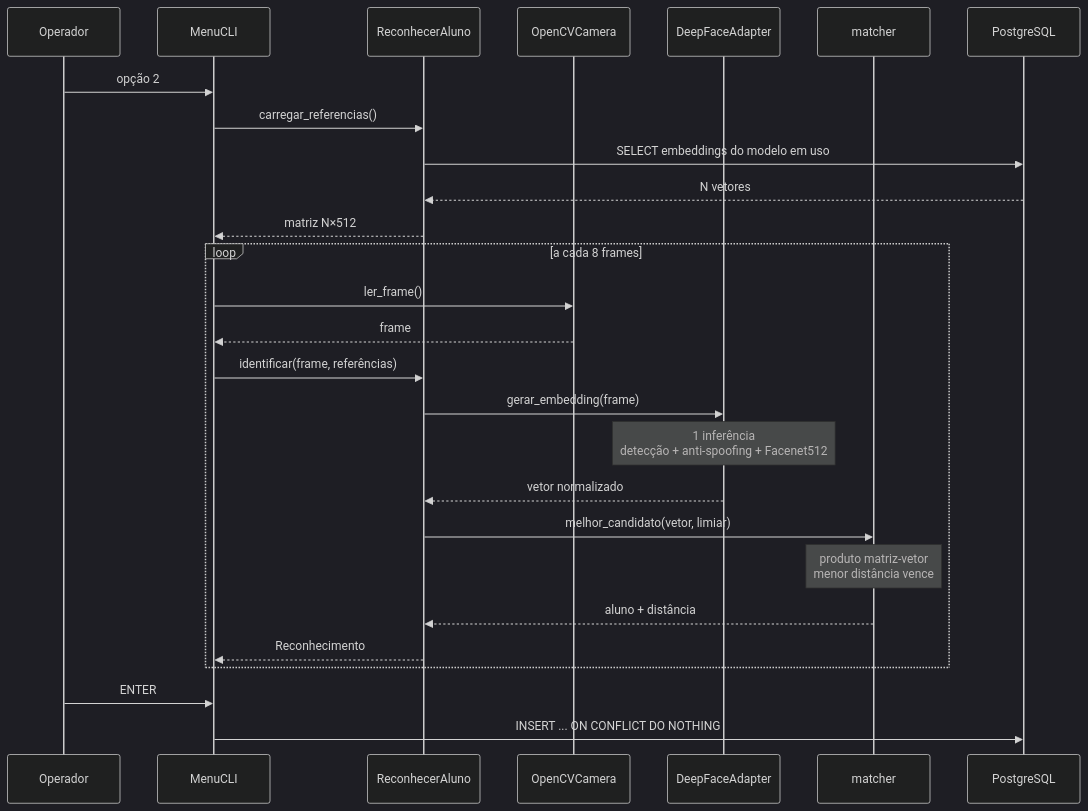
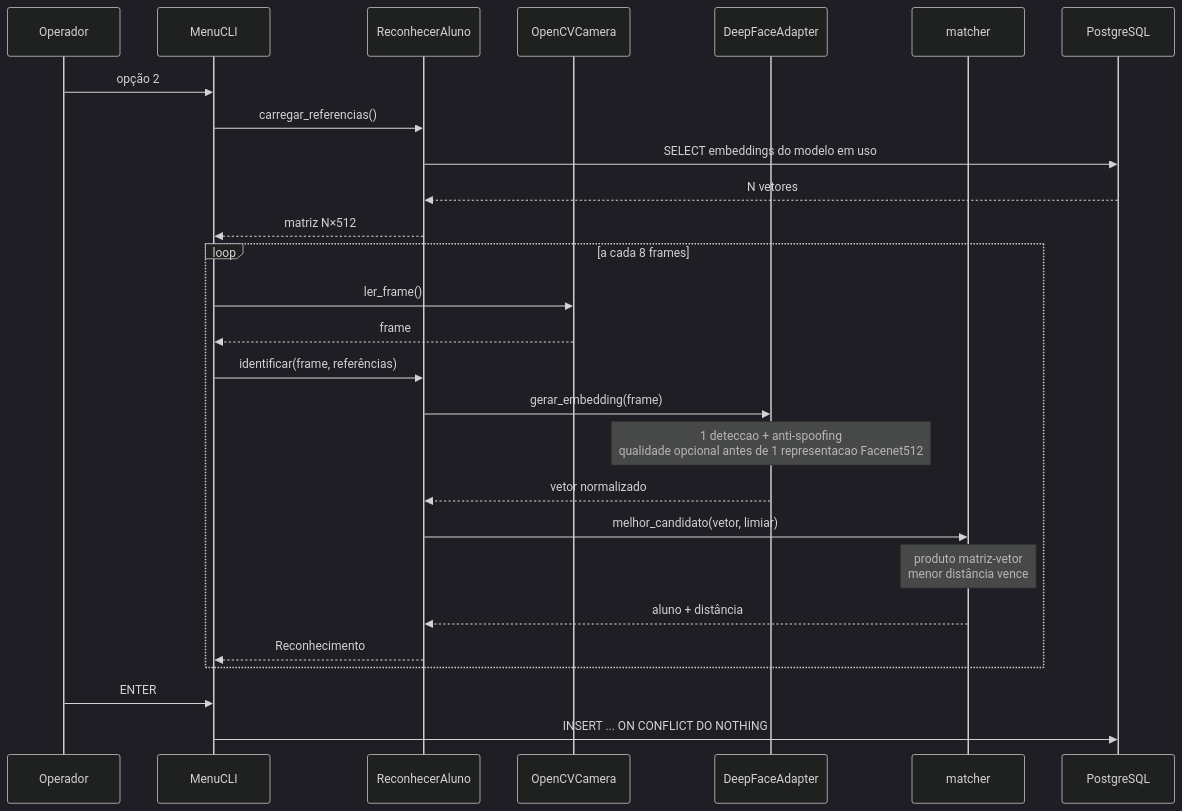
One commit to mateusvcsmoura/projeto_reconhecimento_facial changed the second of 4 diagrams in ARCHITECTURE.md. Above: the diagram before and after it, drawn with Mermaid (dark theme). The commit also changed other lines of this file and 27 other files, not shown here.

````diff
--- a/ARCHITECTURE.md
+++ b/ARCHITECTURE.md
@@ -133,32 +134,32 @@
 ```mermaid
 sequenceDiagram
     participant Op as Operador
     participant Menu as MenuCLI
     participant UC as ReconhecerAluno
     participant Cam as OpenCVCamera
     participant DF as DeepFaceAdapter
     participant Mat as matcher
     participant DB as PostgreSQL
 
     Op->>Menu: opção 2
     Menu->>UC: carregar_referencias()
     UC->>DB: SELECT embeddings do modelo em uso
     DB-->>UC: N vetores
     UC-->>Menu: matriz N×512
 
     loop a cada 8 frames
         Menu->>Cam: ler_frame()
         Cam-->>Menu: frame
         Menu->>UC: identificar(frame, referências)
         UC->>DF: gerar_embedding(frame)
-        Note over DF: 1 inferência<br/>detecção + anti-spoofing + Facenet512
+        Note over DF: 1 deteccao + anti-spoofing<br/>qualidade opcional antes de 1 representacao Facenet512
         DF-->>UC: vetor normalizado
         UC->>Mat: melhor_candidato(vetor, limiar)
         Note over Mat: produto matriz-vetor<br/>menor distância vence
         Mat-->>UC: aluno + distância
         UC-->>Menu: Reconhecimento
     end
 
     Op->>Menu: ENTER
     Menu->>DB: INSERT ... ON CONFLICT DO NOTHING
 ```
````
